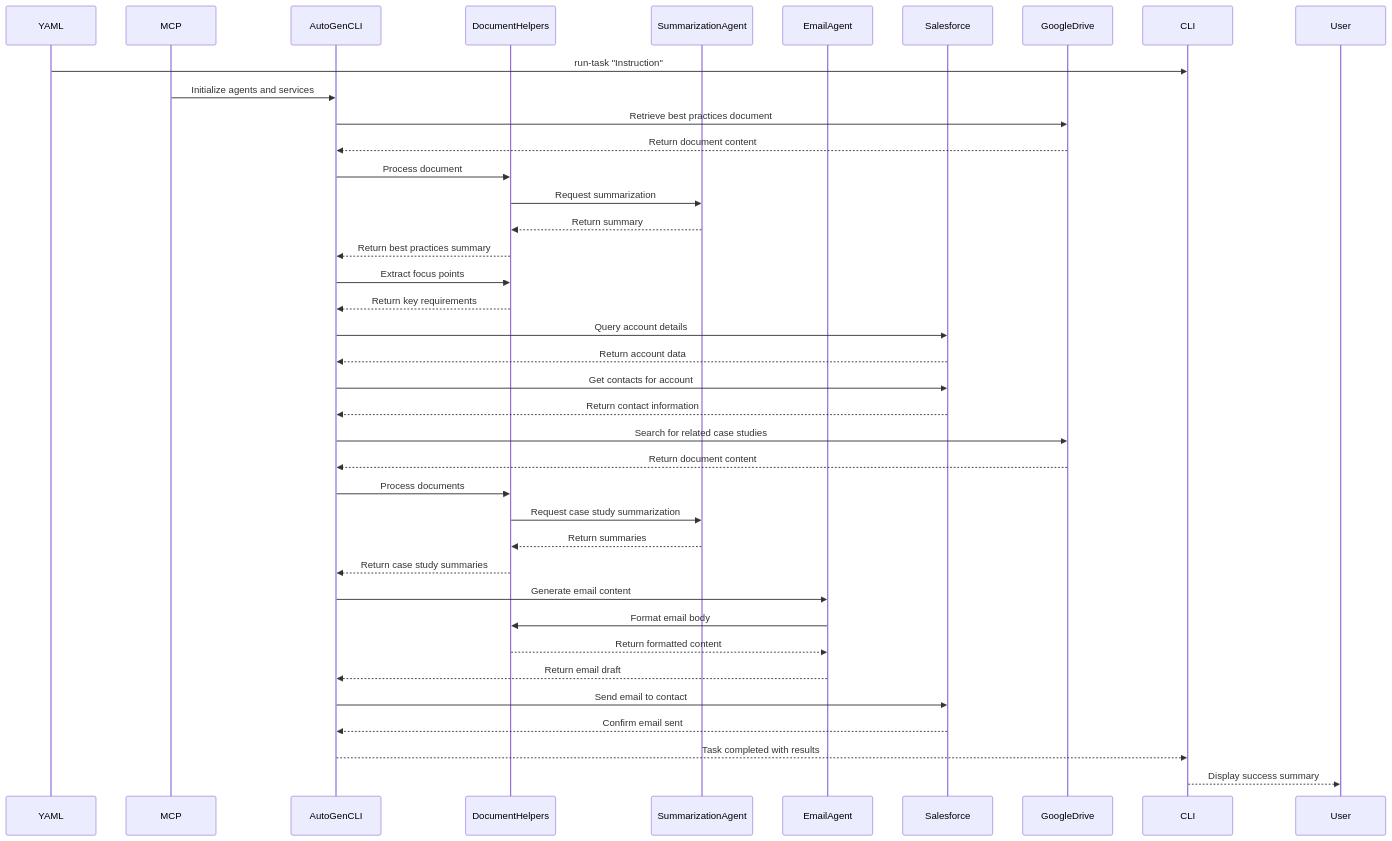
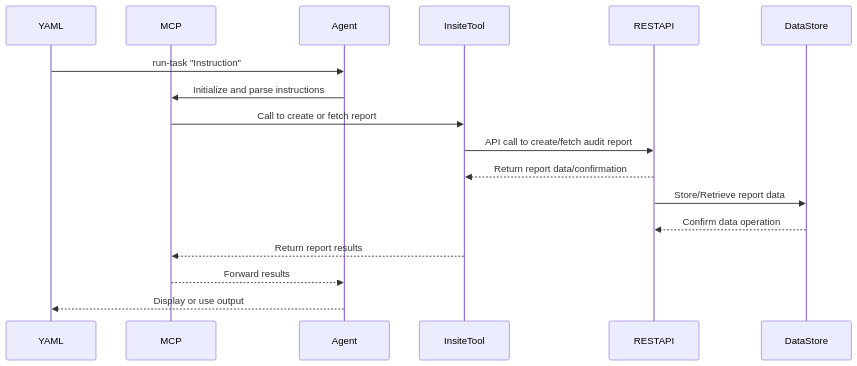
One commit to nenavathsuresh/Autogen changed the second of 2 diagrams in README.md. Above: the diagram before and after it, drawn with Mermaid.

````diff
--- a/README.md
+++ b/README.md
@@ -104,58 +104,31 @@
 ```mermaid
 sequenceDiagram
     participant YAML
-    participant MCP 
-    participant AutoGenCLI
-    participant DocumentHelpers
-    participant SummarizationAgent
-    participant EmailAgent
-    participant Salesforce
-    participant GoogleDrive
-    
-    YAML->>CLI: run-task "Instruction"
-    
+    participant MCP
+    participant Agent
+    participant InsiteTool
+    participant RESTAPI
+    participant DataStore
+
+    YAML->>Agent: run-task "Instruction"
+
     %% Initialization and Setup
-    MCP->>AutoGenCLI: Initialize agents and services
-    
-    %% 1. Fetch Best Practices
-    AutoGenCLI->>GoogleDrive: Retrieve best practices document
-    GoogleDrive-->>AutoGenCLI: Return document content
-    AutoGenCLI->>DocumentHelpers: Process document
-    DocumentHelpers->>SummarizationAgent: Request summarization
-    SummarizationAgent-->>DocumentHelpers: Return summary
-    DocumentHelpers-->>AutoGenCLI: Return best practices summary
-    
-    %% 2. Analyze Requirements
-    AutoGenCLI->>DocumentHelpers: Extract focus points
-    DocumentHelpers-->>AutoGenCLI: Return key requirements
-    
-    %% 3. Account Lookup
-    AutoGenCLI->>Salesforce: Query account details
-    Salesforce-->>AutoGenCLI: Return account data
-    
-    %% 4. Contact Retrieval
-    AutoGenCLI->>Salesforce: Get contacts for account
-    Salesforce-->>AutoGenCLI: Return contact information
-    
-    %% 5. Document Analysis
-    AutoGenCLI->>GoogleDrive: Search for related case studies
-    GoogleDrive-->>AutoGenCLI: Return document content
-    AutoGenCLI->>DocumentHelpers: Process documents
-    DocumentHelpers->>SummarizationAgent: Request case study summarization
-    SummarizationAgent-->>DocumentHelpers: Return summaries
-    DocumentHelpers-->>AutoGenCLI: Return case study summaries
-    
-    %% 6. Content Generation
-    AutoGenCLI->>EmailAgent: Generate email content
-    EmailAgent->>DocumentHelpers: Format email body
-    DocumentHelpers-->>EmailAgent: Return formatted content
-    EmailAgent-->>AutoGenCLI: Return email draft
-    
-    %% 7. Email Dispatch
-    AutoGenCLI->>Salesforce: Send email to contact
-    Salesforce-->>AutoGenCLI: Confirm email sent
-    
-    %% Completion
-    AutoGenCLI-->>CLI: Task completed with results
-    CLI-->>User: Display success summary
+    Agent->>MCP: Initialize and parse instructions
+
+    %% 1. MCP Processes Instruction
+    MCP->>InsiteTool: Call to create or fetch report
+
+    %% 2. Insite Tool Calls REST API
+    InsiteTool->>RESTAPI: API call to create/fetch audit report
+    RESTAPI-->>InsiteTool: Return report data/confirmation
+
+    %% 3. Data Store Interaction
+    RESTAPI->>DataStore: Store/Retrieve report data
+    DataStore-->>RESTAPI: Confirm data operation
+
+    %% 4. Response Propagation
+    InsiteTool-->>MCP: Return report results
+    MCP-->>Agent: Forward results
+    Agent-->>YAML: Display or use output
+
 ```
````
